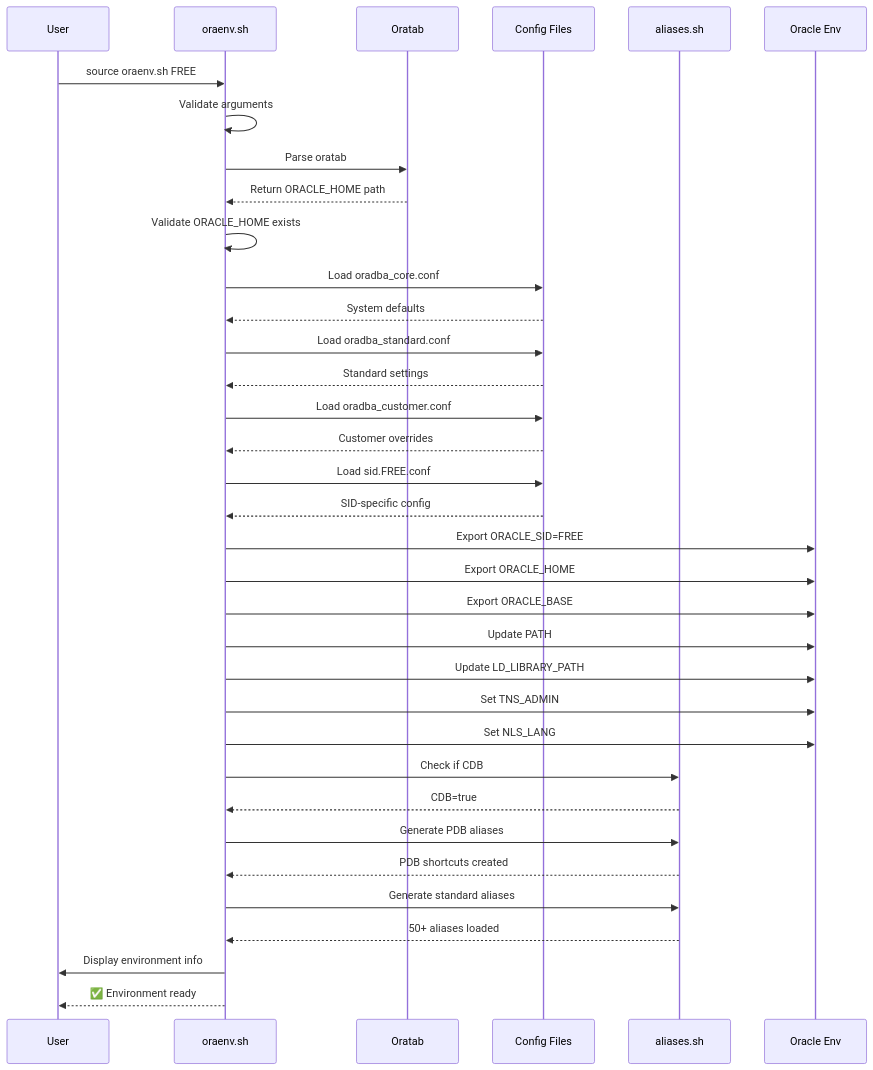
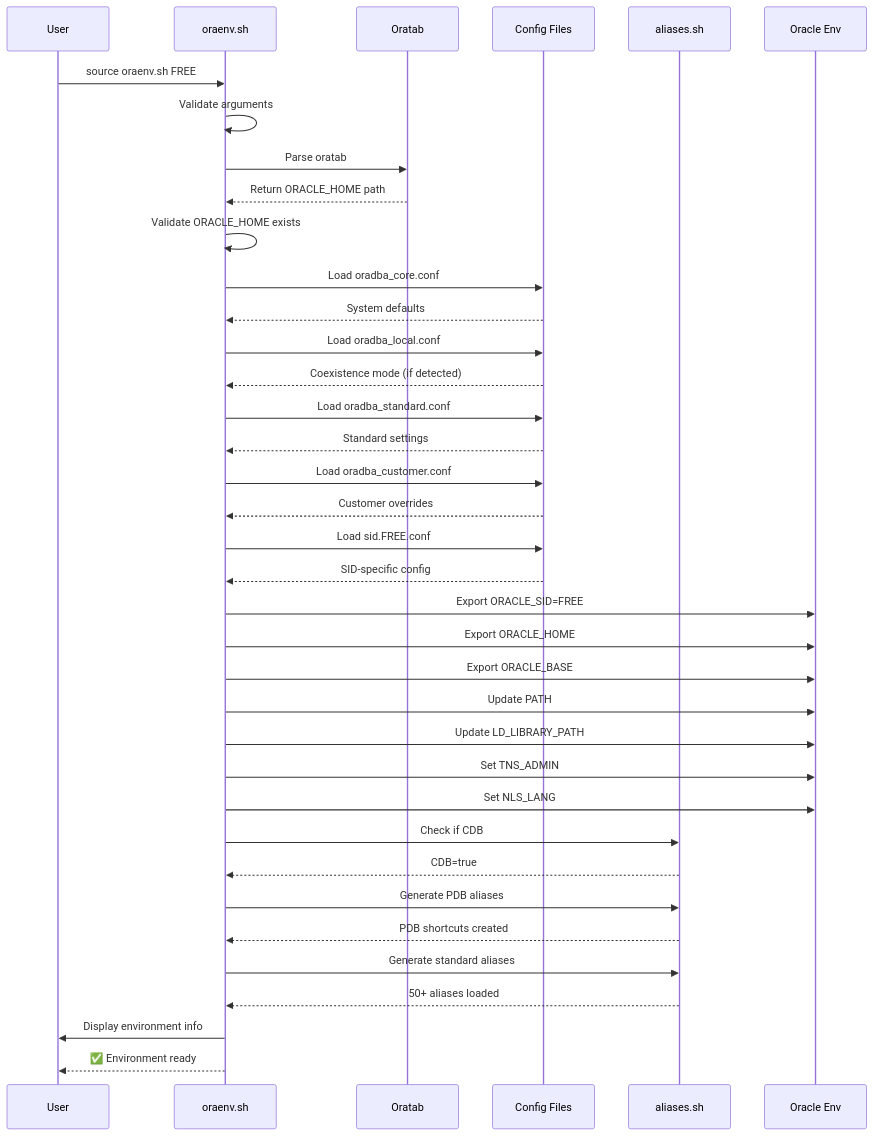
Before and after one commit to oehrlis/oradba: the ninth of 11 diagrams in doc/images/source/diagrams-mermaid.md, drawn with Mermaid. The commit also changed other lines of this file and 1 other file, not shown here.

First line of the commit message:
docs: Update CHANGELOG and Mermaid diagrams for coexistence mode

````diff
--- a/doc/images/source/diagrams-mermaid.md
+++ b/doc/images/source/diagrams-mermaid.md
@@ -484,49 +497,52 @@
 ```mermaid
 sequenceDiagram
     participant User
     participant oraenv.sh
     participant Oratab
     participant Config as Config Files
     participant Aliases as aliases.sh
     participant Oracle as Oracle Env
     
     User->>oraenv.sh: source oraenv.sh FREE
     oraenv.sh->>oraenv.sh: Validate arguments
     
     oraenv.sh->>Oratab: Parse oratab
     Oratab-->>oraenv.sh: Return ORACLE_HOME path
     
     oraenv.sh->>oraenv.sh: Validate ORACLE_HOME exists
     
     oraenv.sh->>Config: Load oradba_core.conf
     Config-->>oraenv.sh: System defaults
+    
+    oraenv.sh->>Config: Load oradba_local.conf
+    Config-->>oraenv.sh: Coexistence mode (if detected)
     
     oraenv.sh->>Config: Load oradba_standard.conf
     Config-->>oraenv.sh: Standard settings
     
     oraenv.sh->>Config: Load oradba_customer.conf
     Config-->>oraenv.sh: Customer overrides
     
     oraenv.sh->>Config: Load sid.FREE.conf
     Config-->>oraenv.sh: SID-specific config
     
     oraenv.sh->>Oracle: Export ORACLE_SID=FREE
     oraenv.sh->>Oracle: Export ORACLE_HOME
     oraenv.sh->>Oracle: Export ORACLE_BASE
     oraenv.sh->>Oracle: Update PATH
     oraenv.sh->>Oracle: Update LD_LIBRARY_PATH
     oraenv.sh->>Oracle: Set TNS_ADMIN
     oraenv.sh->>Oracle: Set NLS_LANG
     
     oraenv.sh->>Aliases: Check if CDB
     Aliases-->>oraenv.sh: CDB=true
     
     oraenv.sh->>Aliases: Generate PDB aliases
     Aliases-->>oraenv.sh: PDB shortcuts created
     
     oraenv.sh->>Aliases: Generate standard aliases
     Aliases-->>oraenv.sh: 50+ aliases loaded
     
     oraenv.sh->>User: Display environment info
     oraenv.sh-->>User: ✅ Environment ready
 ```
````
